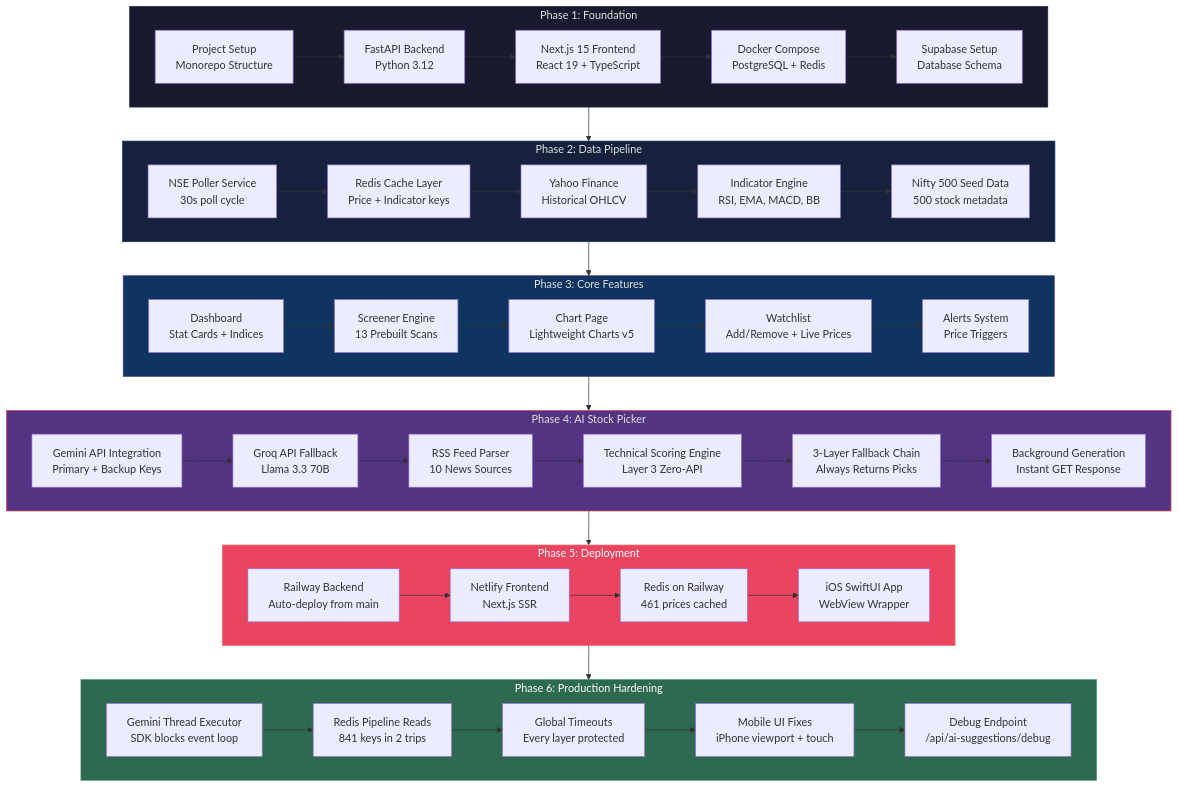
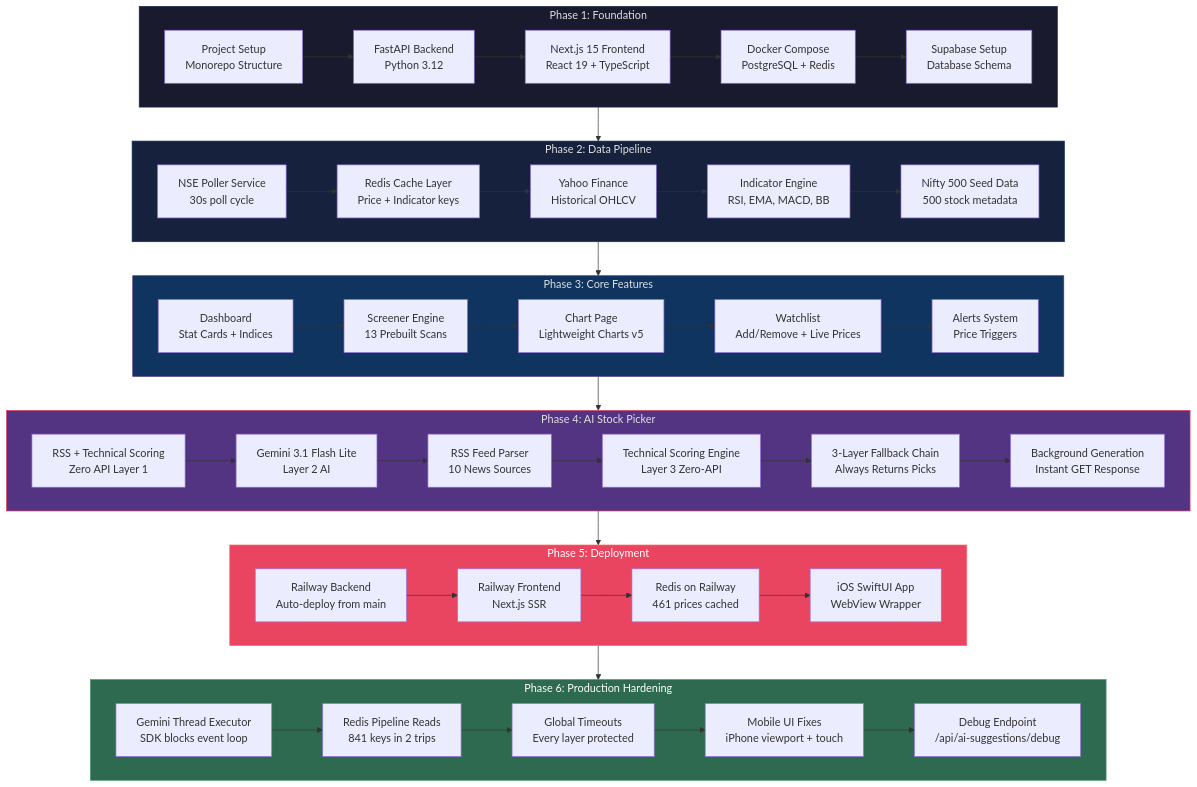
Before and after one commit to iamadarsha/Codex-Screener: the second of 4 diagrams in PROJECT_MINDMAP.md, drawn with Mermaid. The commit also changed other lines of this file and 3 other files, not shown here.

````diff
--- a/PROJECT_MINDMAP.md
+++ b/PROJECT_MINDMAP.md
@@ -118,57 +121,57 @@
 ```mermaid
 flowchart TD
     subgraph Phase1["Phase 1: Foundation"]
         A1[Project Setup<br/>Monorepo Structure] --> A2[FastAPI Backend<br/>Python 3.12]
         A2 --> A3[Next.js 15 Frontend<br/>React 19 + TypeScript]
         A3 --> A4[Docker Compose<br/>PostgreSQL + Redis]
         A4 --> A5[Supabase Setup<br/>Database Schema]
     end
 
     subgraph Phase2["Phase 2: Data Pipeline"]
         B1[NSE Poller Service<br/>30s poll cycle] --> B2[Redis Cache Layer<br/>Price + Indicator keys]
         B2 --> B3[Yahoo Finance<br/>Historical OHLCV]
         B3 --> B4[Indicator Engine<br/>RSI, EMA, MACD, BB]
         B4 --> B5[Nifty 500 Seed Data<br/>500 stock metadata]
     end
 
     subgraph Phase3["Phase 3: Core Features"]
         C1[Dashboard<br/>Stat Cards + Indices] --> C2[Screener Engine<br/>13 Prebuilt Scans]
         C2 --> C3[Chart Page<br/>Lightweight Charts v5]
         C3 --> C4[Watchlist<br/>Add/Remove + Live Prices]
         C4 --> C5[Alerts System<br/>Price Triggers]
     end
 
     subgraph Phase4["Phase 4: AI Stock Picker"]
-        D1[Gemini API Integration<br/>Primary + Backup Keys] --> D2[Groq API Fallback<br/>Llama 3.3 70B]
+        D1[RSS + Technical Scoring<br/>Zero API Layer 1] --> D2[Gemini 3.1 Flash Lite<br/>Layer 2 AI]
         D2 --> D3[RSS Feed Parser<br/>10 News Sources]
         D3 --> D4[Technical Scoring Engine<br/>Layer 3 Zero-API]
         D4 --> D5[3-Layer Fallback Chain<br/>Always Returns Picks]
         D5 --> D6[Background Generation<br/>Instant GET Response]
     end
 
     subgraph Phase5["Phase 5: Deployment"]
-        E1[Railway Backend<br/>Auto-deploy from main] --> E2[Netlify Frontend<br/>Next.js SSR]
+        E1[Railway Backend<br/>Auto-deploy from main] --> E2[Railway Frontend<br/>Next.js SSR]
         E2 --> E3[Redis on Railway<br/>461 prices cached]
         E3 --> E4[iOS SwiftUI App<br/>WebView Wrapper]
     end
 
     subgraph Phase6["Phase 6: Production Hardening"]
         F1[Gemini Thread Executor<br/>SDK blocks event loop] --> F2[Redis Pipeline Reads<br/>841 keys in 2 trips]
         F2 --> F3[Global Timeouts<br/>Every layer protected]
         F3 --> F4[Mobile UI Fixes<br/>iPhone viewport + touch]
         F4 --> F5[Debug Endpoint<br/>/api/ai-suggestions/debug]
     end
 
     Phase1 --> Phase2
     Phase2 --> Phase3
     Phase3 --> Phase4
     Phase4 --> Phase5
     Phase5 --> Phase6
 
     style Phase1 fill:#1a1a2e,stroke:#16213e,color:#e0e0e0
     style Phase2 fill:#16213e,stroke:#0f3460,color:#e0e0e0
     style Phase3 fill:#0f3460,stroke:#533483,color:#e0e0e0
     style Phase4 fill:#533483,stroke:#e94560,color:#e0e0e0
     style Phase5 fill:#e94560,stroke:#ff6b6b,color:#fff
     style Phase6 fill:#2d6a4f,stroke:#40916c,color:#fff
 ```
````
